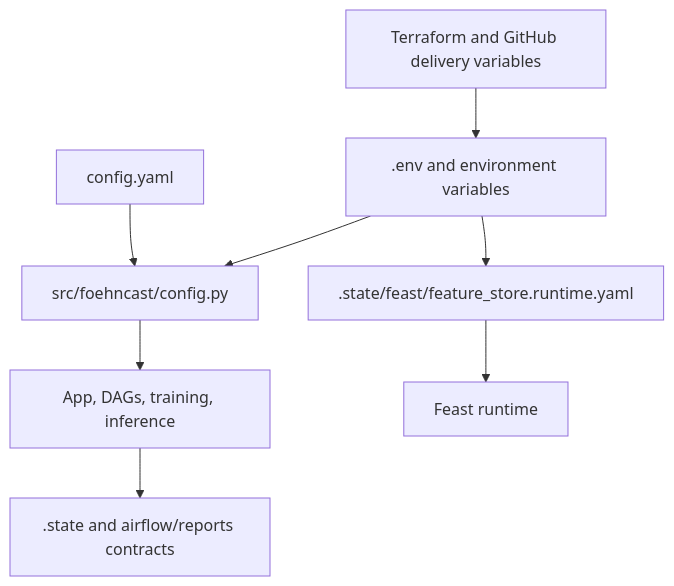
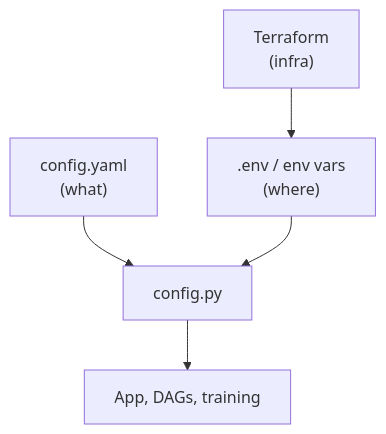
One commit to javihslu/foehncast changed the diagram in docs/site/system/configuration-and-contracts.md. Above: the diagram before and after it, drawn with Mermaid. The commit also changed other lines of this file and 12 other files, not shown here.

```diff
--- a/docs/site/system/configuration-and-contracts.md
+++ b/docs/site/system/configuration-and-contracts.md
@@ -15,10 +7,7 @@
 <div class="mermaid">
 flowchart TD
-    TF["Terraform and GitHub delivery variables"] --> ENV[".env and environment variables"]
-    YAML["config.yaml"] --> PY["src/foehncast/config.py"]
-    ENV --> PY
-    PY --> APP["App, DAGs, training, inference"]
-    APP --> MON[".state and airflow/reports contracts"]
-    ENV --> FEASTCFG[".state/feast/feature_store.runtime.yaml"]
-    FEASTCFG --> FEAST["Feast runtime"]
+    YAML["config.yaml\n(what)"] --> PY["config.py"]
+    ENV[".env / env vars\n(where)"] --> PY
+    TF["Terraform\n(infra)"] --> ENV
+    PY --> APP["App, DAGs, training"]
 </div>
```
